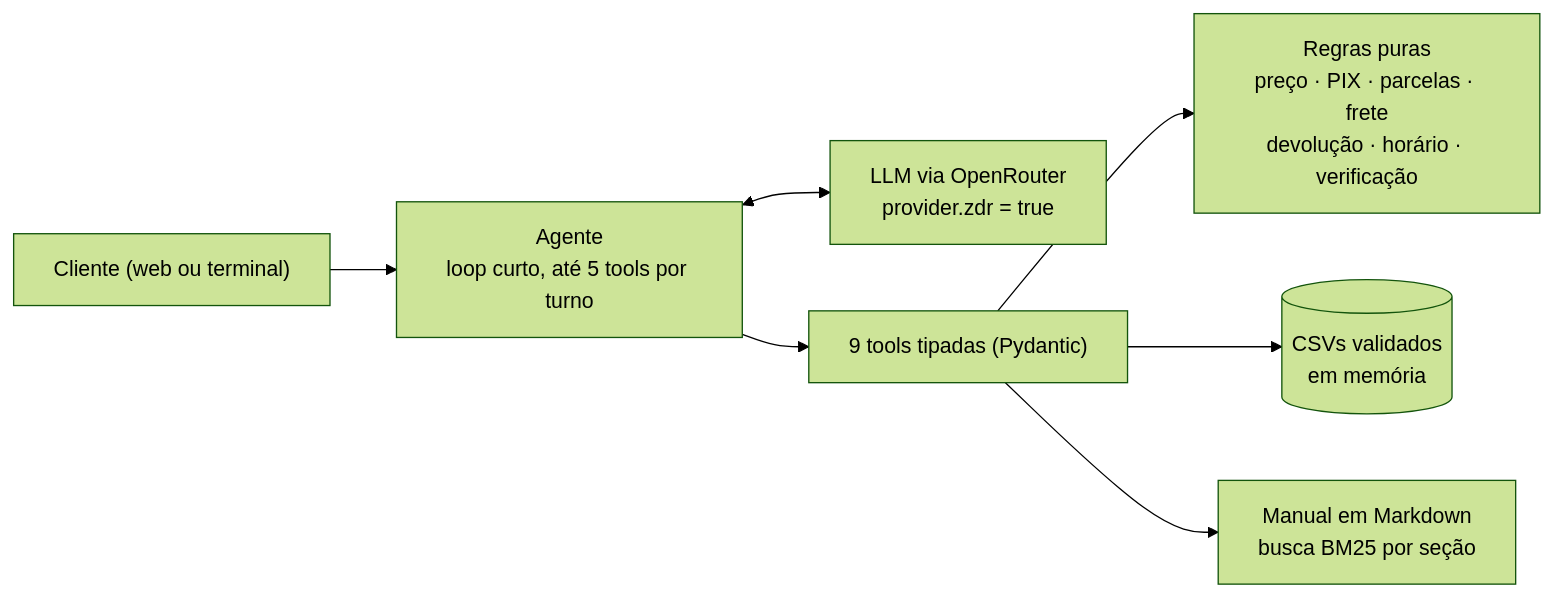
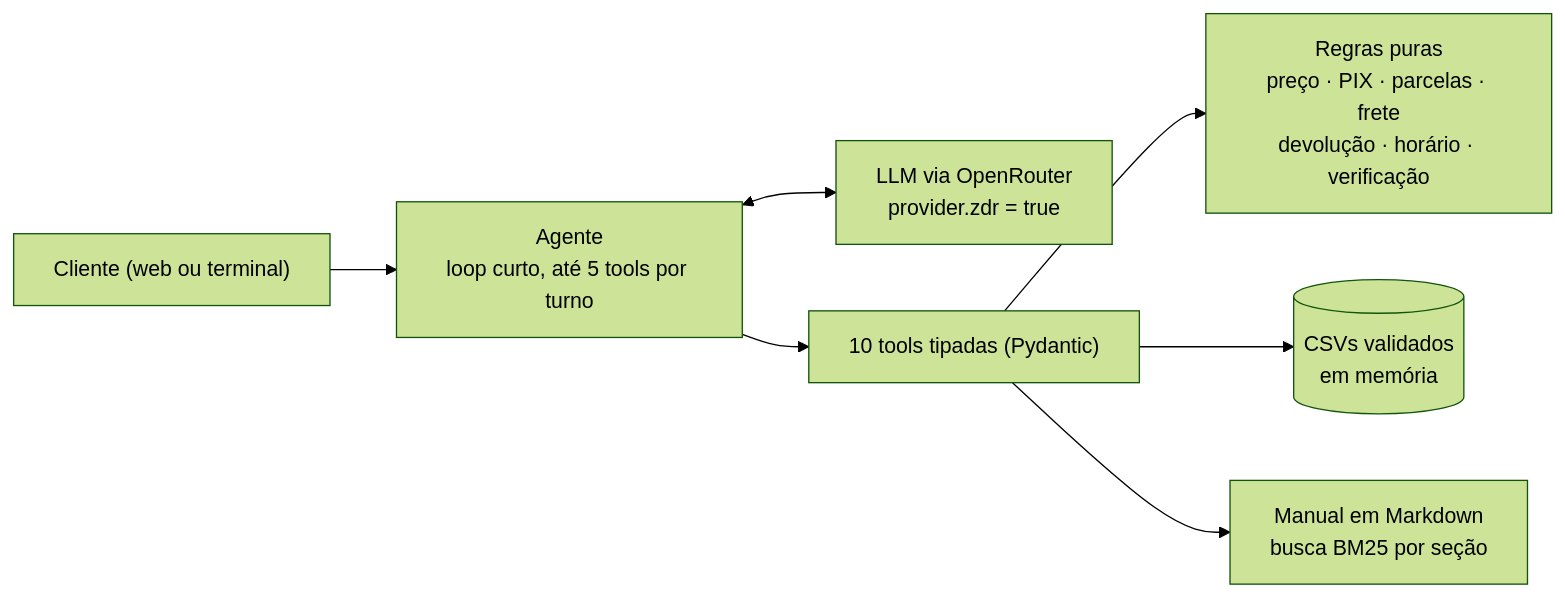
The diagram in README.md (AlbertoMilet/artefact), drawn with Mermaid (forest theme) before and after one commit. The commit also changed other lines of this file and 7 other files, not shown here.

````diff
--- a/README.md
+++ b/README.md
@@ -98,9 +103,9 @@
 ```mermaid
 flowchart LR
     C["Cliente (web ou terminal)"] --> A["Agente<br/>loop curto, até 5 tools por turno"]
     A <--> L["LLM via OpenRouter<br/>provider.zdr = true"]
-    A --> T["9 tools tipadas (Pydantic)"]
+    A --> T["10 tools tipadas (Pydantic)"]
     T --> R["Regras puras<br/>preço · PIX · parcelas · frete<br/>devolução · horário · verificação"]
     T --> D[("CSVs validados<br/>em memória")]
     T --> M["Manual em Markdown<br/>busca BM25 por seção"]
 ```
````
